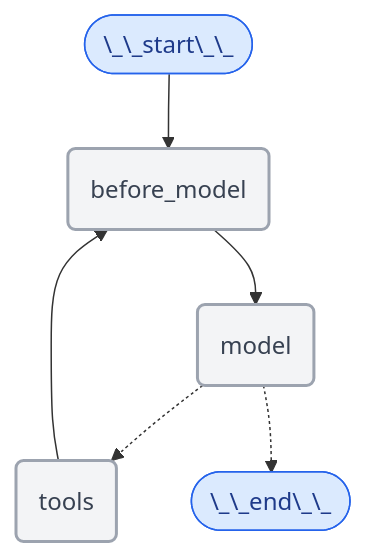
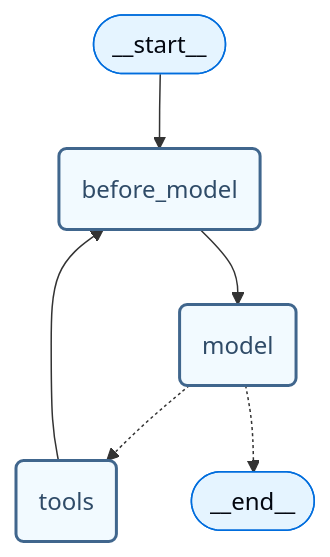
Before and after one commit to volodymyr-memsql/lagchain-docs: the first of 2 diagrams in build/oss/javascript/langchain/short-term-memory.mdx, drawn with Mermaid. The commit also changed other lines of this file and 6211 other files, not shown here.

````diff
--- a/build/oss/javascript/langchain/short-term-memory.mdx
+++ b/build/oss/javascript/langchain/short-term-memory.mdx
@@ -548,26 +549,26 @@
 ```mermaid
 %%{
     init: {
         "fontFamily": "monospace",
         "flowchart": {
         "curve": "basis"
         }
     }
 }%%
 graph TD
-    S(["\_\_start\_\_"])
+    S(["`\_\_start\_\_`"])
     PRE(before_model)
     MODEL(model)
     TOOLS(tools)
-    END(["\_\_end\_\_"])
+    END(["`\_\_end\_\_`"])
     S --> PRE
     PRE --> MODEL
     MODEL -.-> TOOLS
     MODEL -.-> END
     TOOLS --> PRE
-    classDef blueHighlight fill:#DBEAFE,stroke:#2563EB,color:#1E3A8A;
-    classDef neutral fill:#F3F4F6,stroke:#9CA3AF,stroke-width:2px,color:#374151;
+    classDef blueHighlight fill:#E5F4FF,stroke:#006DDD,color:#030710;
+    classDef neutral fill:#F2FAFF,stroke:#40668D,stroke-width:2px,color:#2F4B68;
     class S blueHighlight;
     class END blueHighlight;
     class PRE,MODEL,TOOLS neutral;
 ```
````
